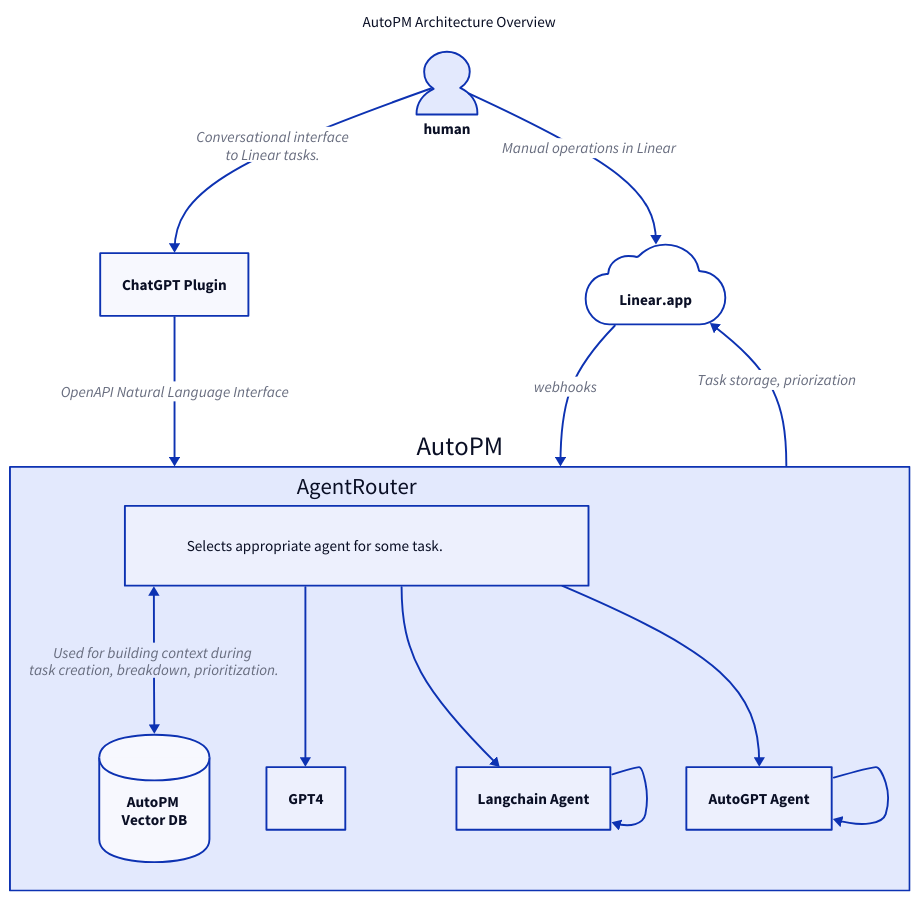
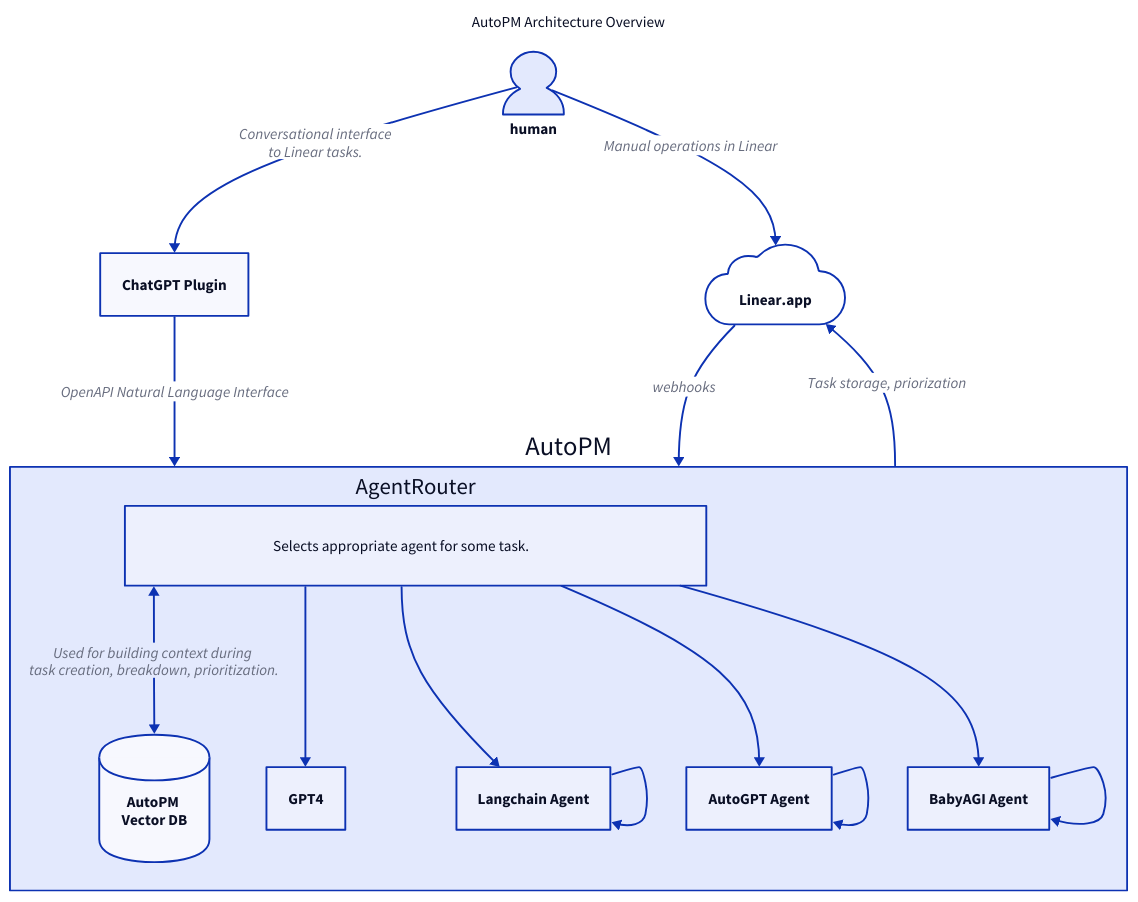
Before and after one commit to Auto-PM/Auto-PM: the diagram in docs/architecture-diagram.d2, drawn with D2. The commit also changed 1 other file, not shown here.

```diff
--- a/docs/architecture-diagram.d2
+++ b/docs/architecture-diagram.d2
@@ -1,37 +1,39 @@
 explain: |md
   AutoPM Architecture Overview
 | {
   near: top-center
 }
 
 linear: Linear.app {
   shape: cloud
 }
 human: {
   shape: person
 }
 human -> ChatGPT Plugin: Conversational interface\nto Linear tasks.
 ChatGPT Plugin -> AutoPM: OpenAPI Natural Language Interface
 
 AutoPM -> linear: Task storage, priorization
 human -> linear: Manual operations in Linear
 
 linear -> AutoPM: webhooks
 
 AutoPM: {
 		AgentRouter {
 				explain: |md
 				Selects appropriate agent for some task.
 				|
 		}
   AgentRouter <-> vdb: Used for building context during \ntask creation, breakdown, prioritization.
   vdb: AutoPM \nVector DB {
     shape: cylinder
   }
 
   AgentRouter -> GPT4
   AgentRouter -> Langchain Agent
   AgentRouter -> AutoGPT Agent
+  AgentRouter -> BabyAGI Agent
   Langchain Agent -> Langchain Agent
   AutoGPT Agent -> AutoGPT Agent
+  BabyAGI Agent -> BabyAGI Agent
 }
```
